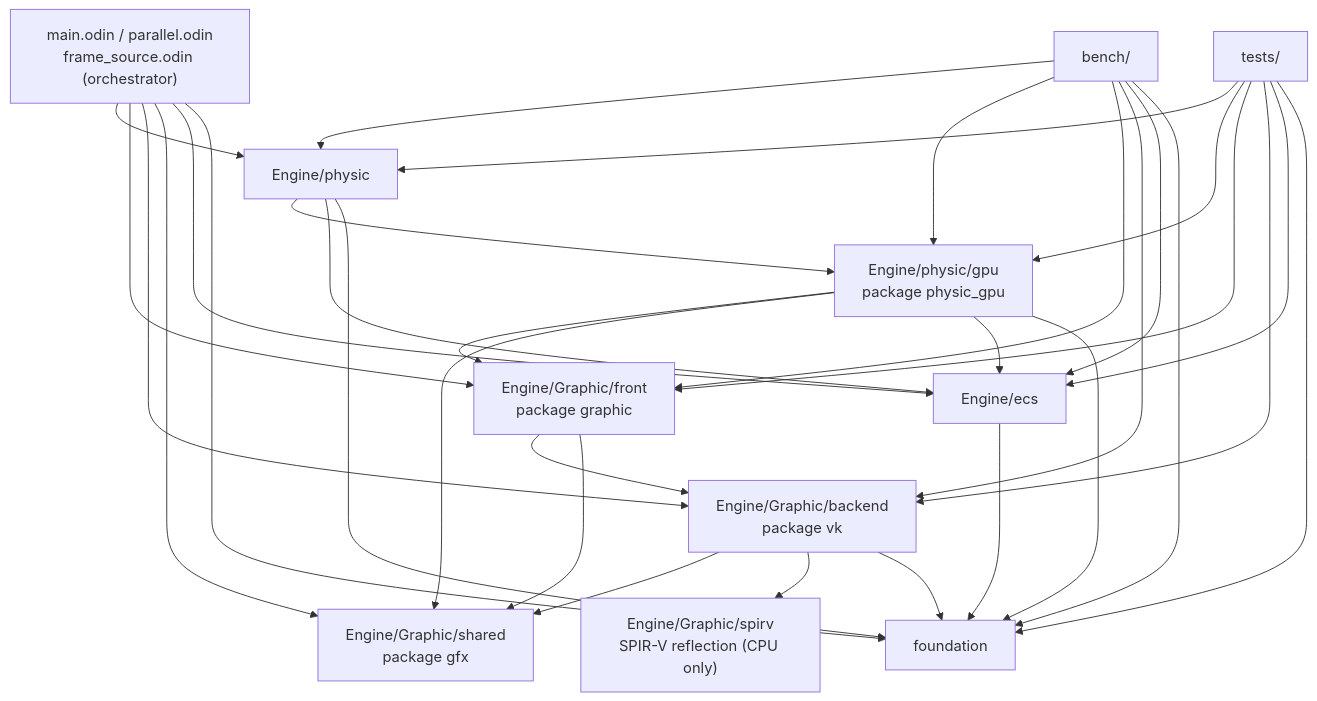
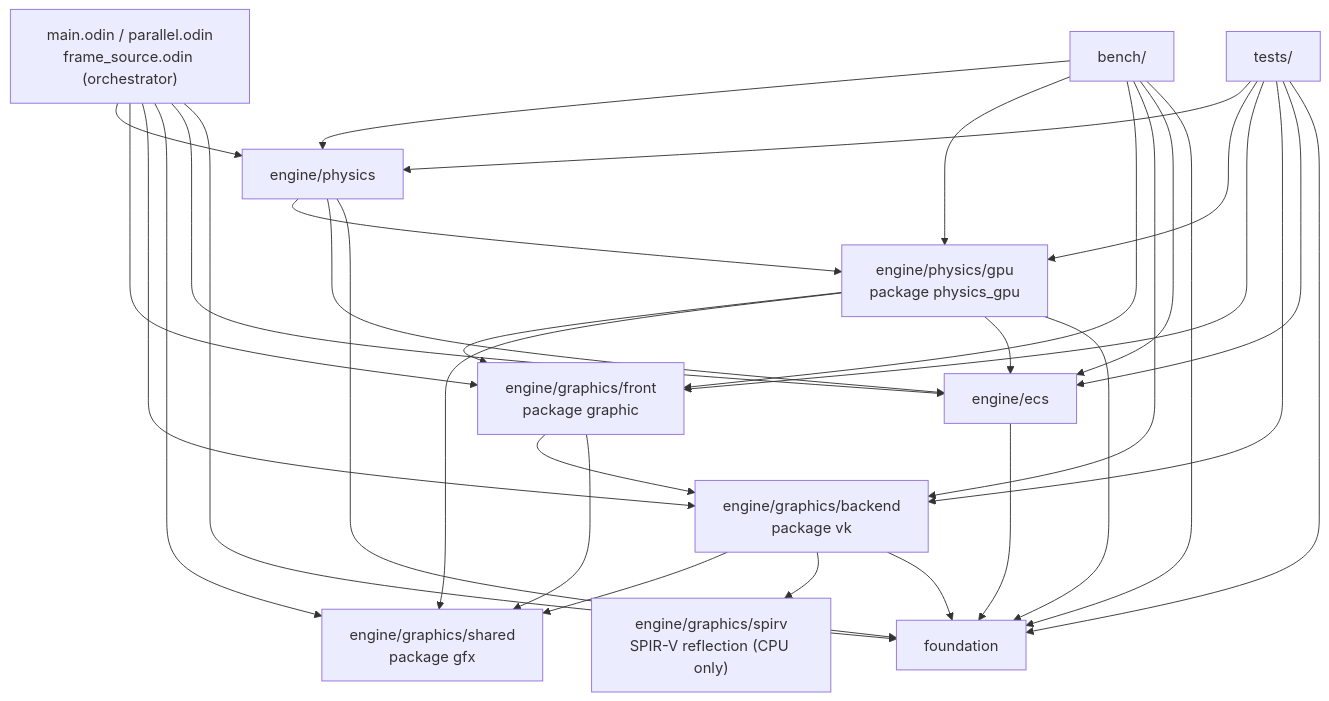
The second of 7 diagrams in docs/architecture.md (TanukiConDos/Gravity-Simulator), drawn with Mermaid before and after one commit. The commit also changed other lines of this file and 115 other files, not shown here.

````diff
--- a/docs/architecture.md
+++ b/docs/architecture.md
@@ -38,47 +38,47 @@
 ```mermaid
 flowchart TD
     main["main.odin / parallel.odin<br/>frame_source.odin (orchestrator)"]
     bench["bench/"]
     tests["tests/"]
-    front["Engine/Graphic/front<br/>package graphic"]
-    backend["Engine/Graphic/backend<br/>package vk"]
-    shared["Engine/Graphic/shared<br/>package gfx"]
-    pgpu["Engine/physic/gpu<br/>package physic_gpu"]
-    spirv["Engine/Graphic/spirv<br/>SPIR-V reflection (CPU only)"]
-    physic["Engine/physic"]
-    ecs["Engine/ecs"]
+    front["engine/graphics/front<br/>package graphic"]
+    backend["engine/graphics/backend<br/>package vk"]
+    shared["engine/graphics/shared<br/>package gfx"]
+    pgpu["engine/physics/gpu<br/>package physics_gpu"]
+    spirv["engine/graphics/spirv<br/>SPIR-V reflection (CPU only)"]
+    physics["engine/physics"]
+    ecs["engine/ecs"]
     foundation["foundation"]
 
-    main --> physic
+    main --> physics
     main --> front
     main --> backend
     main --> shared
     main --> ecs
     main --> foundation
-    bench --> physic
+    bench --> physics
     bench --> pgpu
     bench --> front
     bench --> backend
     bench --> ecs
     bench --> foundation
-    tests --> physic
+    tests --> physics
     tests --> pgpu
     tests --> front
     tests --> backend
     tests --> ecs
     tests --> foundation
 
-    physic --> pgpu
+    physics --> pgpu
     pgpu --> front
     pgpu --> shared
     front --> backend
     front --> shared
     backend --> shared
     backend --> spirv
     backend --> foundation
     pgpu --> ecs
     pgpu --> foundation
-    physic --> ecs
-    physic --> foundation
+    physics --> ecs
+    physics --> foundation
     ecs --> foundation
 ```
````
